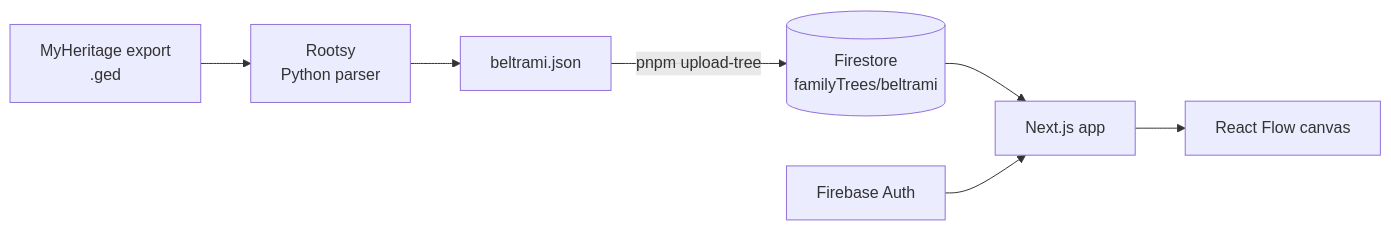
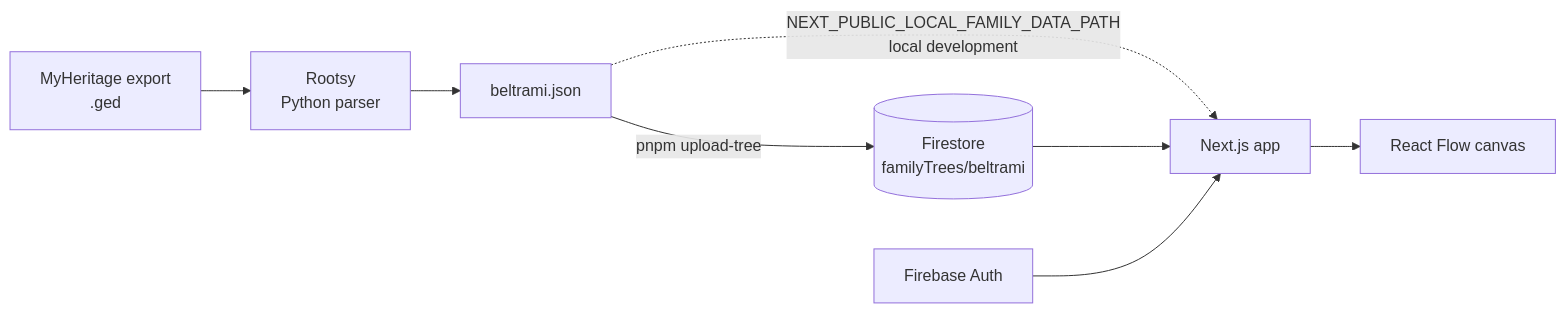
The diagram in README.md (estyxx/beltrami.family), drawn with Mermaid before and after one commit. The commit also changed other lines of this file and 8 other files, not shown here.

First line of the commit message:
Read the family tree from a local Rootsy export when configured

````diff
--- a/README.md
+++ b/README.md
@@ -12,9 +12,10 @@
 ```mermaid
 flowchart LR
     MH[MyHeritage export<br/>.ged] --> R[Rootsy<br/>Python parser]
     R --> J[beltrami.json]
     J -->|pnpm upload-tree| FS[(Firestore<br/>familyTrees/beltrami)]
+    J -.->|NEXT_PUBLIC_LOCAL_FAMILY_DATA_PATH<br/>local development| APP
     FS --> APP[Next.js app]
     AUTH[Firebase Auth] --> APP
     APP --> RF[React Flow canvas]
 ```
````
